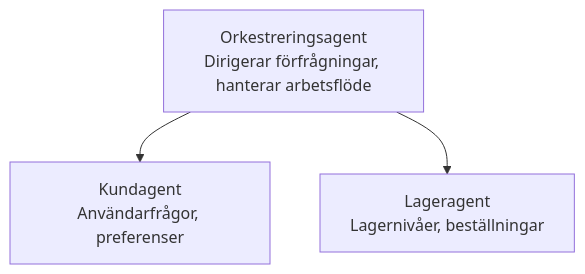
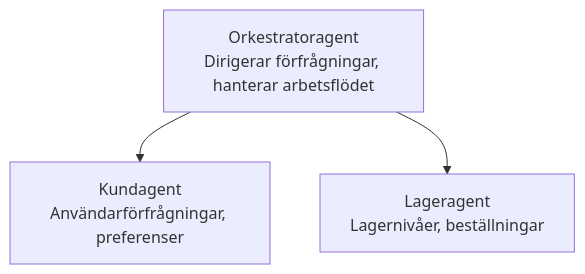
Before and after one commit to microsoft/AZD-for-beginners: the diagram in translations/sv/docs/chapter-05-multi-agent/README.md, drawn with Mermaid. The commit also changed other lines of this file and 101 other files, not shown here.

````diff
--- a/translations/sv/docs/chapter-05-multi-agent/README.md
+++ b/translations/sv/docs/chapter-05-multi-agent/README.md
@@ -50,5 +52,5 @@
 ```mermaid
 graph TD
-    Orchestrator[Orkestreringsagent<br/>Dirigerar förfrågningar, hanterar arbetsflöde] --> Customer[Kundagent<br/>Användarfrågor, preferenser]
+    Orchestrator[Orkestratoragent<br/>Dirigerar förfrågningar, hanterar arbetsflödet] --> Customer[Kundagent<br/>Användarförfrågningar, preferenser]
     Orchestrator --> Inventory[Lageragent<br/>Lagernivåer, beställningar]
 ```
````
